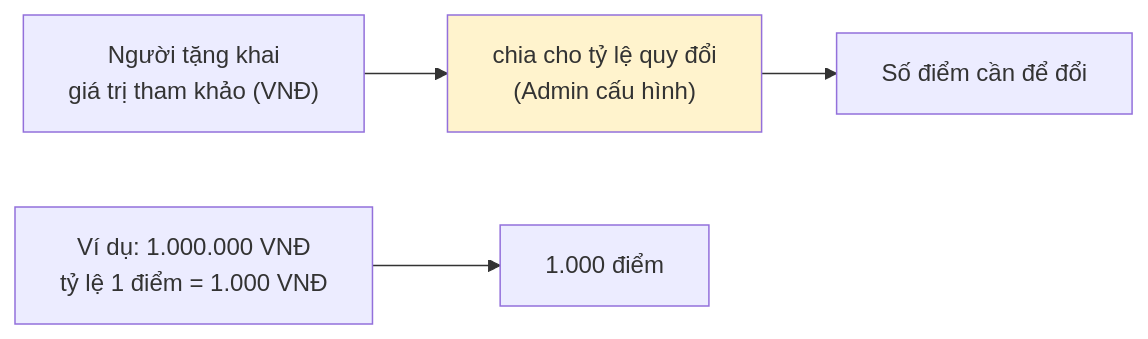
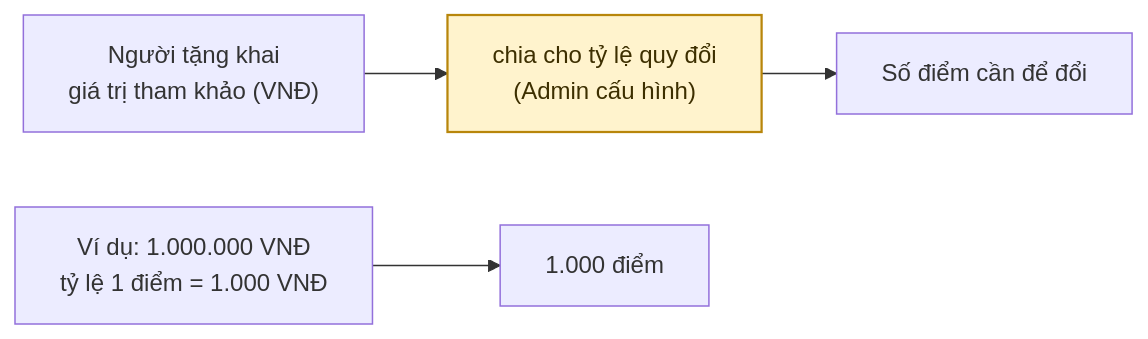
The first of 4 diagrams in docs/diagram/14-redemption.md (fdshn/trueheart), drawn with Mermaid before and after one commit. The commit also changed other lines of this file and 30 other files, not shown here.

First line of the commit message:
docs(diagram): chữ trong khối tô màu đọc được ở cả giao diện sáng và tối

````diff
--- a/docs/diagram/14-redemption.md
+++ b/docs/diagram/14-redemption.md
@@ -8,9 +8,9 @@
 ```mermaid
 flowchart LR
     A["Người tặng khai<br/>giá trị tham khảo (VNĐ)"] --> B["chia cho tỷ lệ quy đổi<br/>(Admin cấu hình)"]
     B --> C[Số điểm cần để đổi]
 
     D["Ví dụ: 1.000.000 VNĐ<br/>tỷ lệ 1 điểm = 1.000 VNĐ"] --> E["1.000 điểm"]
 
-    style B fill:#fff3cd
+    style B fill:#fff3cd,stroke:#b8860b,stroke-width:1.5px,color:#3d2f00
 ```
````
